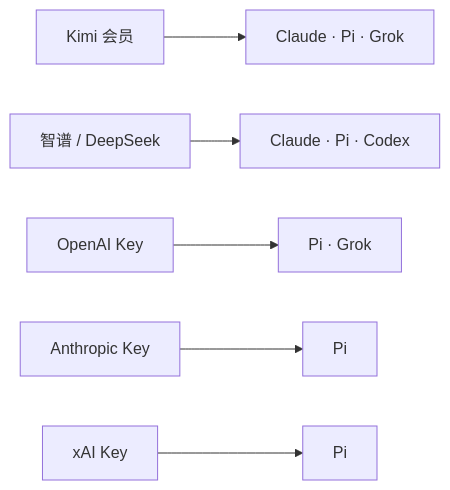
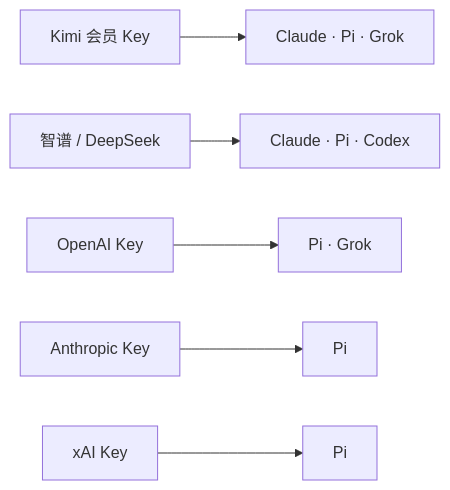
One commit to nicechencs/AgentHub changed the fifth of 7 diagrams in docs/product-decisions.md. Above: the diagram before and after it, drawn with Mermaid. The commit also changed other lines of this file and 59 other files, not shown here.

````diff
--- a/docs/product-decisions.md
+++ b/docs/product-decisions.md
@@ -128,8 +140,8 @@
 ```mermaid
 flowchart LR
-  kimi["Kimi 会员"] --> kTargets["Claude · Pi · Grok"]
+  kimi["Kimi 会员 Key"] --> kTargets["Claude · Pi · Grok"]
   glm["智谱 / DeepSeek"] --> gTargets["Claude · Pi · Codex"]
   oai["OpenAI Key"] --> oTargets["Pi · Grok"]
   anth["Anthropic Key"] --> pi1["Pi"]
   xai["xAI Key"] --> pi2["Pi"]
 ```
````
